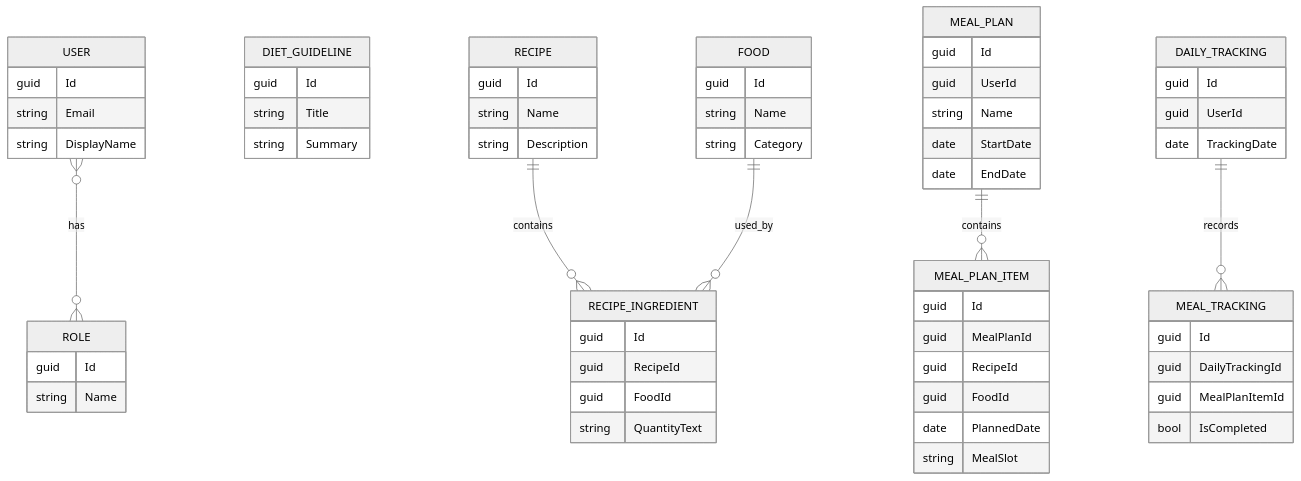
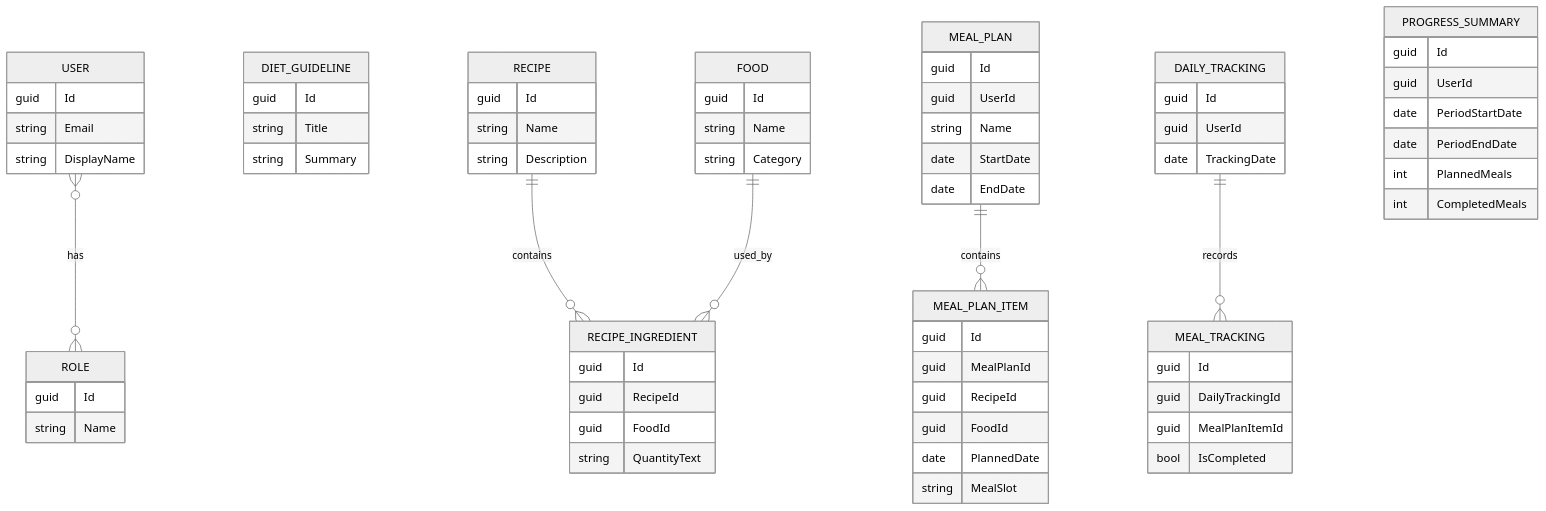
One commit to HAIANH29/PRN232_ASM_PROJECT changed the diagram in docs/erd/Conceptual-ERD.md. Above: the diagram before and after it, drawn with Mermaid (neutral theme). The commit also changed 72 other files, not shown here.

Commit message:
Align scaffold with updated microservice architecture

```diff
--- a/docs/erd/Conceptual-ERD.md
+++ b/docs/erd/Conceptual-ERD.md
@@ -68,6 +68,15 @@
         bool IsCompleted
     }
 
+    PROGRESS_SUMMARY {
+        guid Id
+        guid UserId
+        date PeriodStartDate
+        date PeriodEndDate
+        int PlannedMeals
+        int CompletedMeals
+    }
+
     USER }o--o{ ROLE : has
     RECIPE ||--o{ RECIPE_INGREDIENT : contains
     FOOD ||--o{ RECIPE_INGREDIENT : used_by
```
